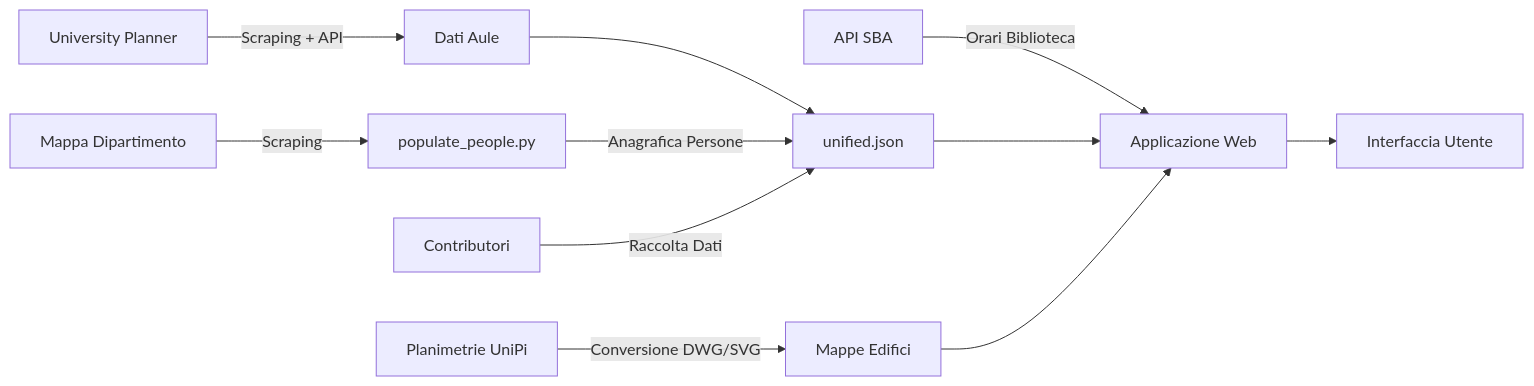
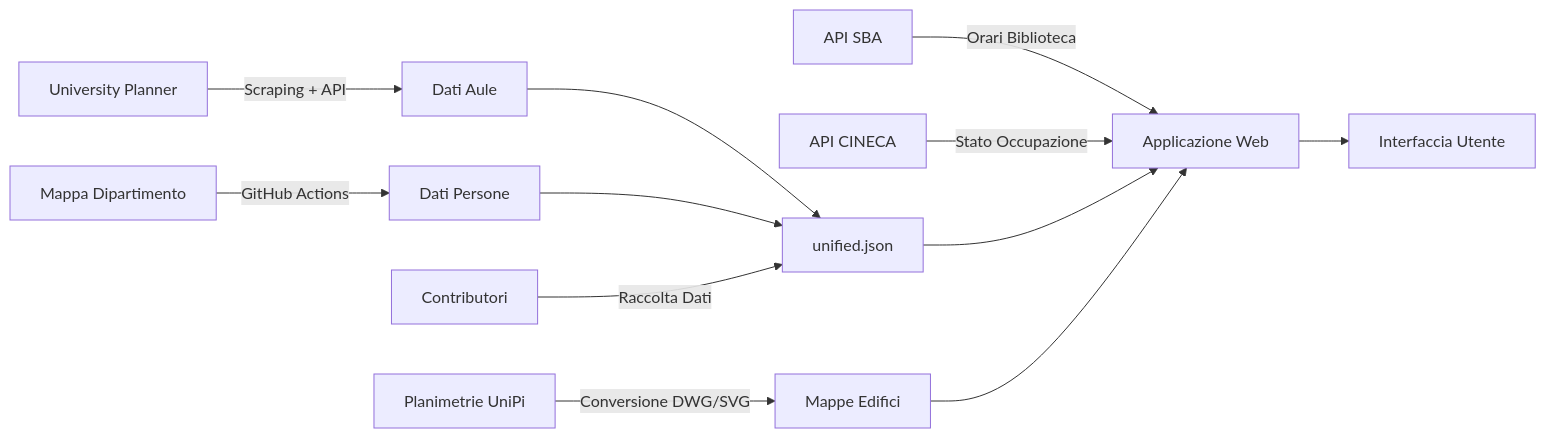
The first of 2 diagrams in README.md (plumkewe/dove-unipi), drawn with Mermaid before and after one commit. The commit also changed other lines of this file and 15 other files, not shown here.

````diff
--- a/README.md
+++ b/README.md
@@ -232,18 +241,19 @@
 ```mermaid
 graph LR
     A[Planimetrie UniPi] -->|Conversione DWG/SVG| B[Mappe Edifici]
     
     I[University Planner] -->|Scraping + API| C[Dati Aule]
     C --> D[unified.json]
     
-    L[Mappa Dipartimento] -->|Scraping| M[populate_people.py]
-    M -->|Anagrafica Persone| D
+    L[Mappa Dipartimento] -->|GitHub Actions| M[Dati Persone]
+    M --> D
     
     G[Contributori] -->|Raccolta Dati| D
     
     N[API SBA] -->|Orari Biblioteca| E[Applicazione Web]
+    O[API CINECA] -->|Stato Occupazione| E
     
     D --> E
     B --> E
     E --> F[Interfaccia Utente]
 ```
````
